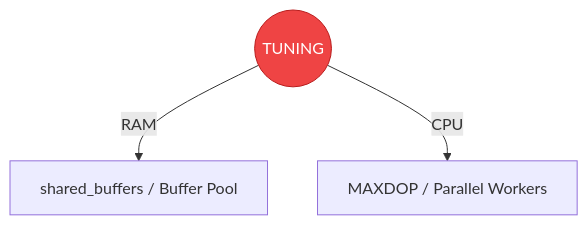
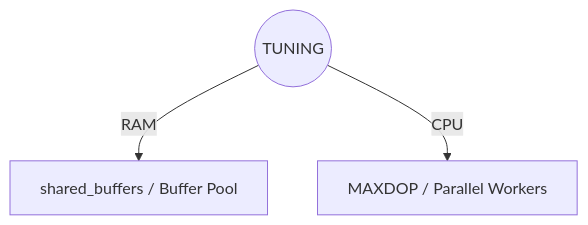
The third of 12 diagrams in README.md (rraulherediaa/PracticasEstructurasDatos), drawn with Mermaid before and after one commit. The commit also changed other lines of this file and 1 other file, not shown here.

Commit message:
fix: simplificar diagramas Mermaid al máximo para asegurar compatibilidad total

````diff
--- a/README.md
+++ b/README.md
@@ -45,9 +39,6 @@
 ```mermaid
 flowchart TD
     Tuning(("TUNING"))
     Tuning -->|RAM| P1["shared_buffers / Buffer Pool"]
     Tuning -->|CPU| P2["MAXDOP / Parallel Workers"]
-
-    classDef core fill:#ef4444,color:#fff,stroke:#b91c1c
-    class Tuning core
 ```
````
